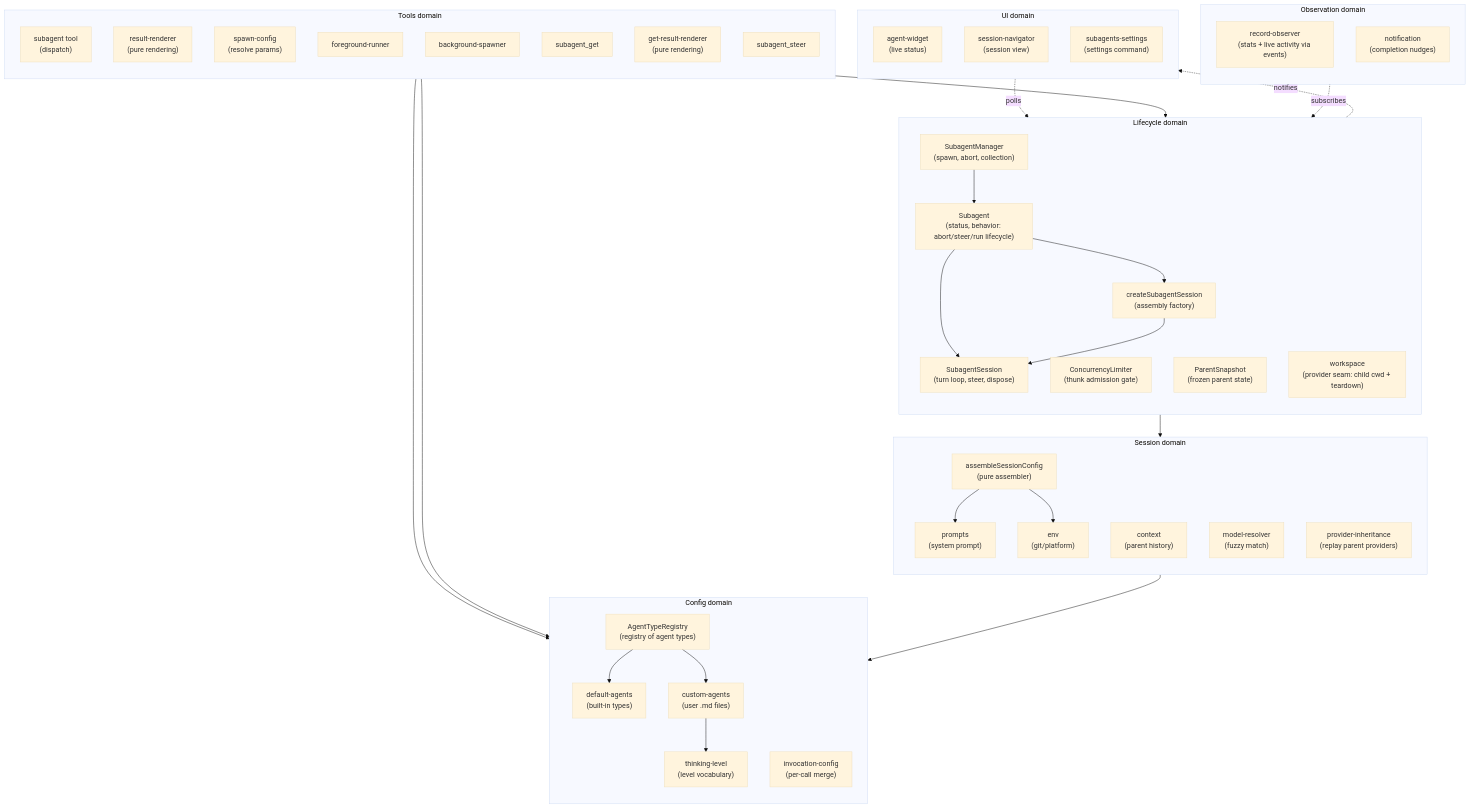
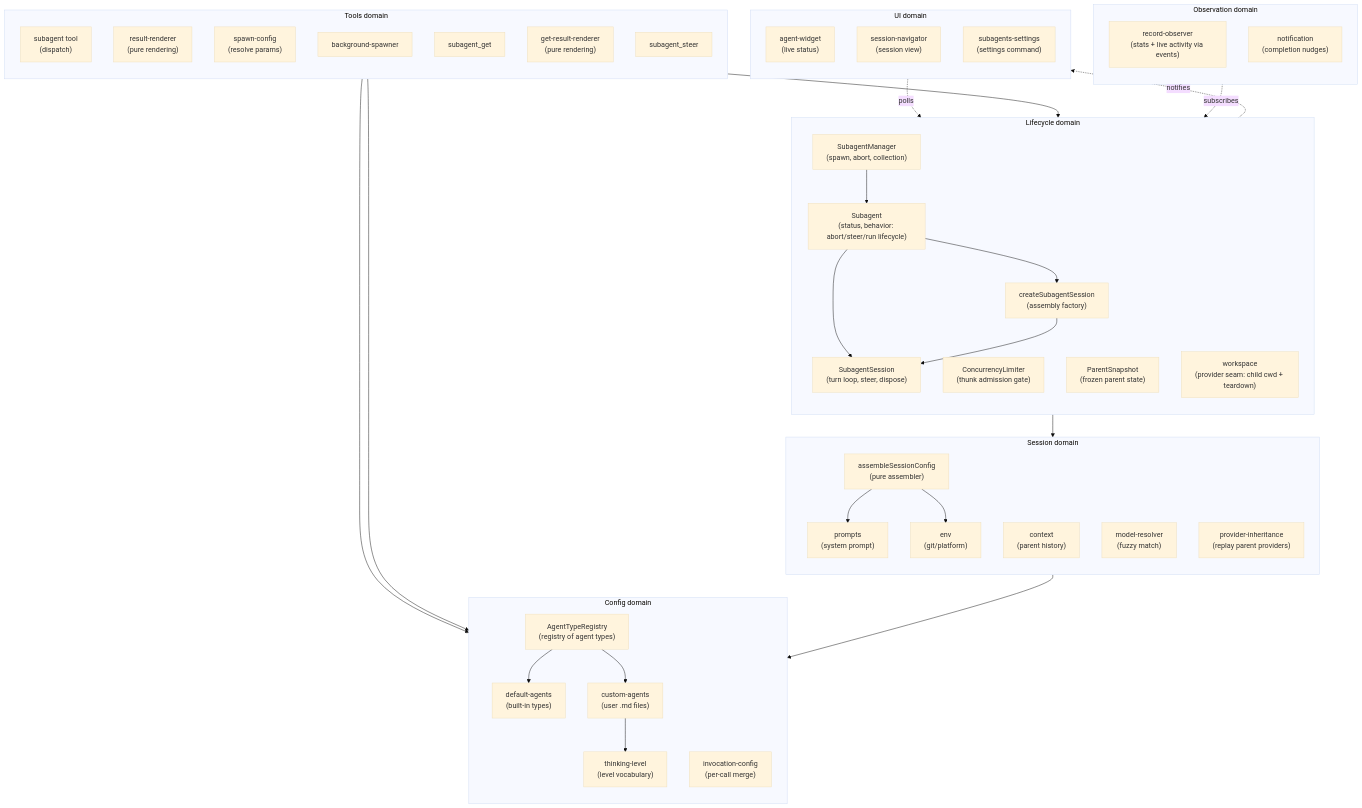
One commit to zacheryph/pi changed the first of 4 diagrams in extensions/pi-subagent/docs/architecture/architecture.md. Above: the diagram before and after it, drawn with Mermaid (base theme). The commit also changed other lines of this file and 73 other files, not shown here.

````diff
--- a/extensions/pi-subagent/docs/architecture/architecture.md
+++ b/extensions/pi-subagent/docs/architecture/architecture.md
@@ -65,71 +65,70 @@
 ```mermaid
 flowchart TB
     subgraph config["Config domain"]
         direction TB
         AgentTypeRegistry["AgentTypeRegistry<br/>(registry of agent types)"]
         DefaultAgents["default-agents<br/>(built-in types)"]
         CustomAgents["custom-agents<br/>(user .md files)"]
         InvocationConfig["invocation-config<br/>(per-call merge)"]
         ThinkingLevelModule["thinking-level<br/>(level vocabulary)"]
     end
 
     subgraph session["Session domain"]
         direction TB
         SessionConfig["assembleSessionConfig<br/>(pure assembler)"]
         Prompts["prompts<br/>(system prompt)"]
         Context["context<br/>(parent history)"]
         Env["env<br/>(git/platform)"]
         ModelResolver["model-resolver<br/>(fuzzy match)"]
         ProviderInheritance["provider-inheritance<br/>(replay parent providers)"]
     end
 
     subgraph lifecycle["Lifecycle domain"]
         direction TB
         SubagentManager["SubagentManager<br/>(spawn, abort, collection)"]
         ConcurrencyLimiter["ConcurrencyLimiter<br/>(thunk admission gate)"]
         CreateSubagentSession["createSubagentSession<br/>(assembly factory)"]
         SubagentSession["SubagentSession<br/>(turn loop, steer, dispose)"]
         Subagent["Subagent<br/>(status, behavior: abort/steer/run lifecycle)"]
         ParentSnapshot["ParentSnapshot<br/>(frozen parent state)"]
         Workspace["workspace<br/>(provider seam: child cwd + teardown)"]
     end
 
     subgraph observation["Observation domain"]
         direction TB
         RecordObserver["record-observer<br/>(stats + live activity via events)"]
         Notification["notification<br/>(completion nudges)"]
     end
 
     subgraph tools["Tools domain"]
         direction TB
         AgentTool["subagent tool<br/>(dispatch)"]
         ResultRenderer["result-renderer<br/>(pure rendering)"]
         SpawnConfig["spawn-config<br/>(resolve params)"]
-        FgRunner["foreground-runner"]
         BgSpawner["background-spawner"]
         GetResult["subagent_get"]
         GetResultRenderer["get-result-renderer<br/>(pure rendering)"]
         Steer["subagent_steer"]
     end
 
     subgraph ui["UI domain"]
         direction TB
         Widget["agent-widget<br/>(live status)"]
         Sessions["session-navigator<br/>(session view)"]
         Settings["subagents-settings<br/>(settings command)"]
     end
 
     AgentTool --> SubagentManager
     SubagentManager --> Subagent
     Subagent --> CreateSubagentSession & SubagentSession
     CreateSubagentSession --> SubagentSession
     CreateSubagentSession --> SessionConfig
     SessionConfig --> AgentTypeRegistry
     SessionConfig --> Prompts & Env
     AgentTypeRegistry --> DefaultAgents & CustomAgents
     SpawnConfig --> InvocationConfig & ThinkingLevelModule
     CustomAgents --> ThinkingLevelModule
     RecordObserver -.->|subscribes| SubagentSession
     Widget -.->|polls| SubagentManager
     SubagentManager -.->|notifies| Widget
 ```
````
